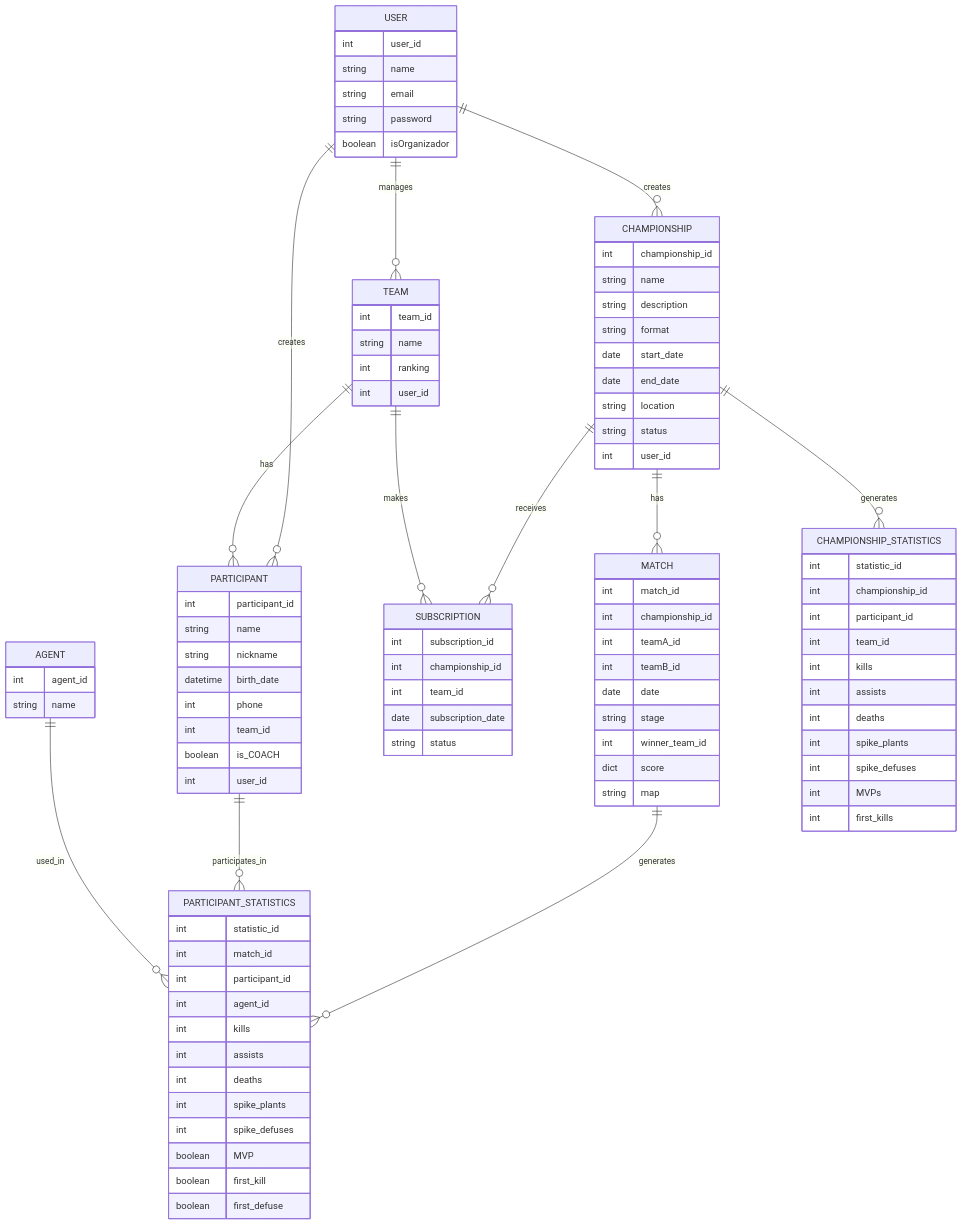
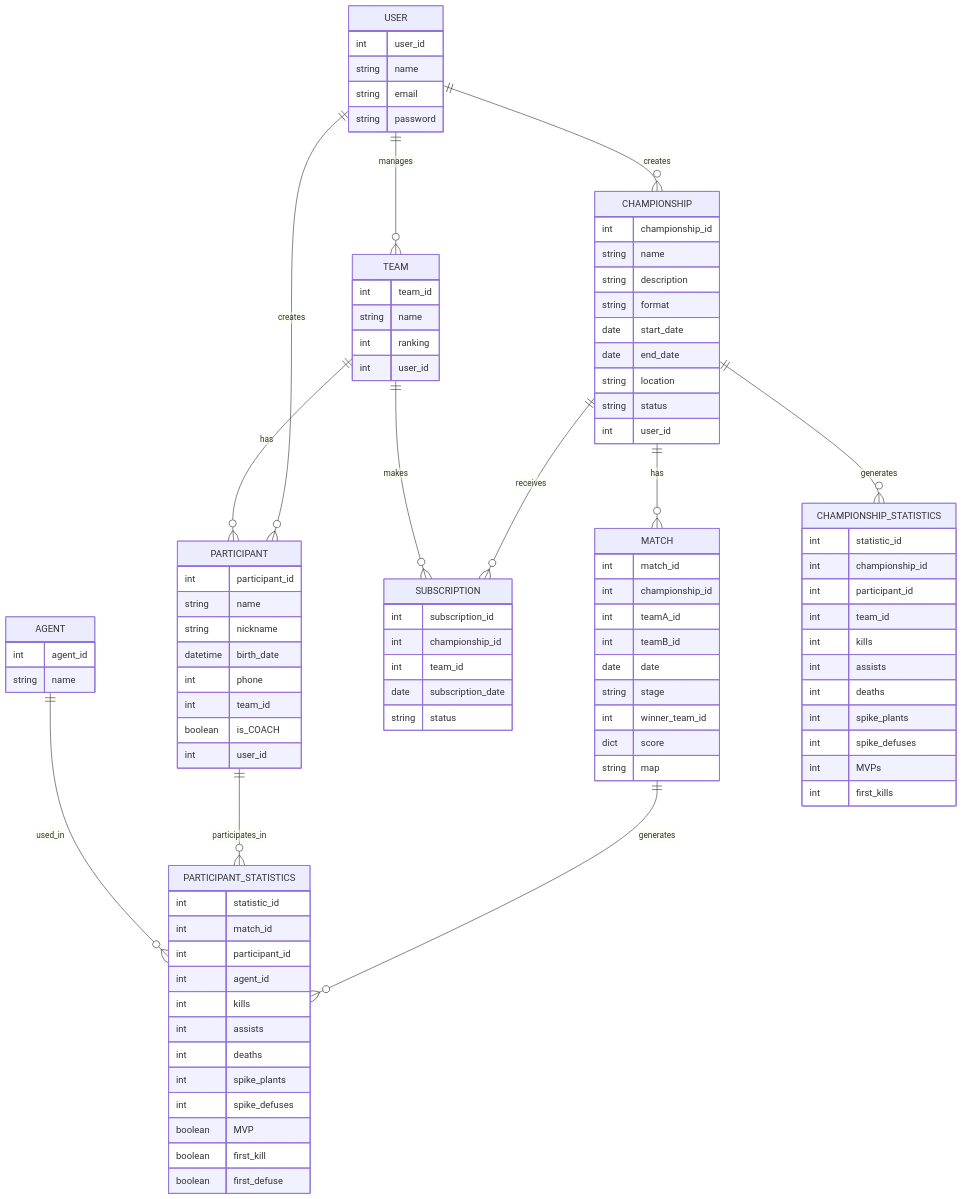
Before and after one commit to Matari73/GRUPO-A-CCE-AS66A: the first of 2 diagrams in README.md, drawn with Mermaid. The commit also changed 1 other file, not shown here.

Commit message:
fix: remove isOrganizer

```diff
--- a/README.md
+++ b/README.md
@@ -39,7 +39,6 @@
         string name
         string email
         string password
-        boolean isOrganizador
     }
 
     TEAM {
```
